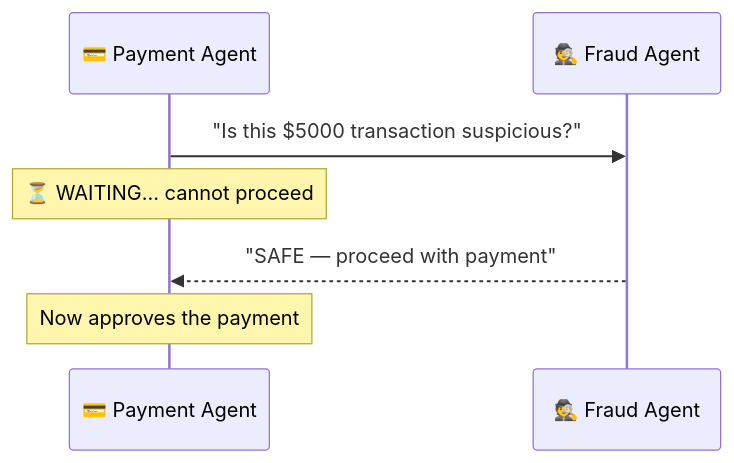
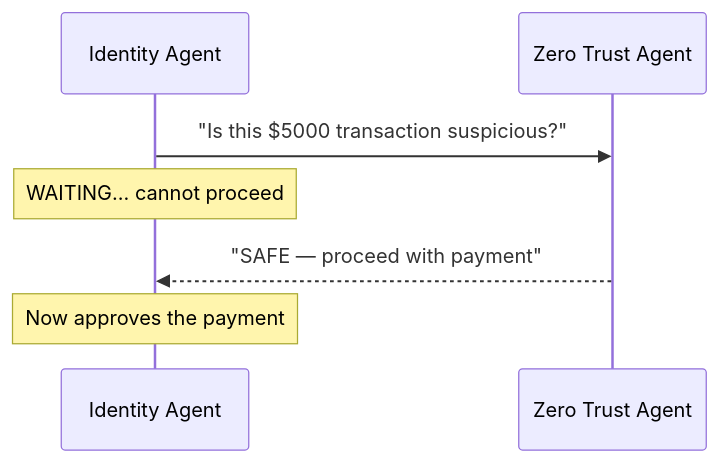
Before and after one commit to Sujalkathait/-AI-Agent-Security-Playbook.: diagram 19 of 53 in AI Agent Communication.md, drawn with Mermaid. The commit also changed other lines of this file and 2 other files, not shown here.

````diff
--- a/AI Agent Communication.md
+++ b/AI Agent Communication.md
@@ -568,10 +568,10 @@
 ```mermaid
 sequenceDiagram
-    participant Payment as 💳 Payment Agent
-    participant Fraud as 🕵️ Fraud Agent
+  participant Payment as Identity Agent
+  participant Fraud as Zero Trust Agent
 
-    Payment->>Fraud: "Is this $5000 transaction suspicious?"
-    Note over Payment: ⏳ WAITING... cannot proceed
-    Fraud-->>Payment: "SAFE — proceed with payment"
-    Note over Payment: Now approves the payment
+  Payment->>Fraud: "Is this $5000 transaction suspicious?"
+  Note over Payment: WAITING... cannot proceed
+  Fraud-->>Payment: "SAFE — proceed with payment"
+  Note over Payment: Now approves the payment
 ```
````
